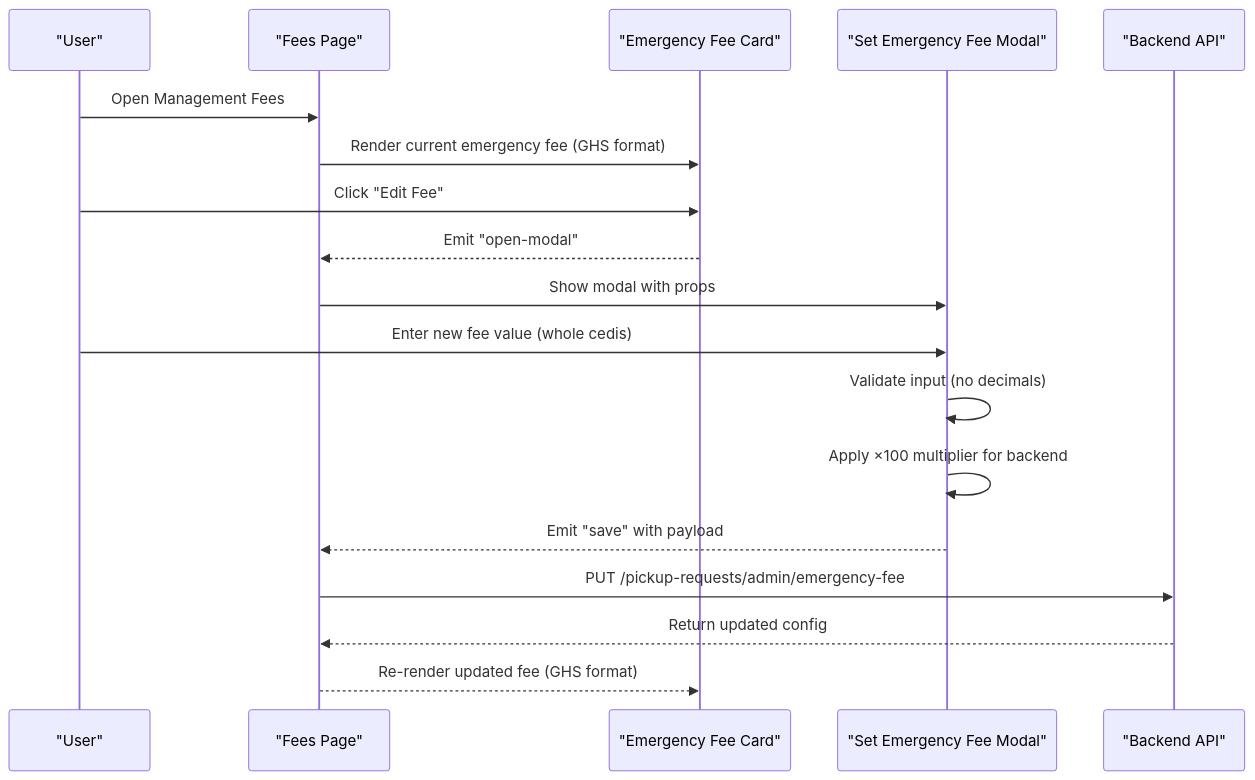
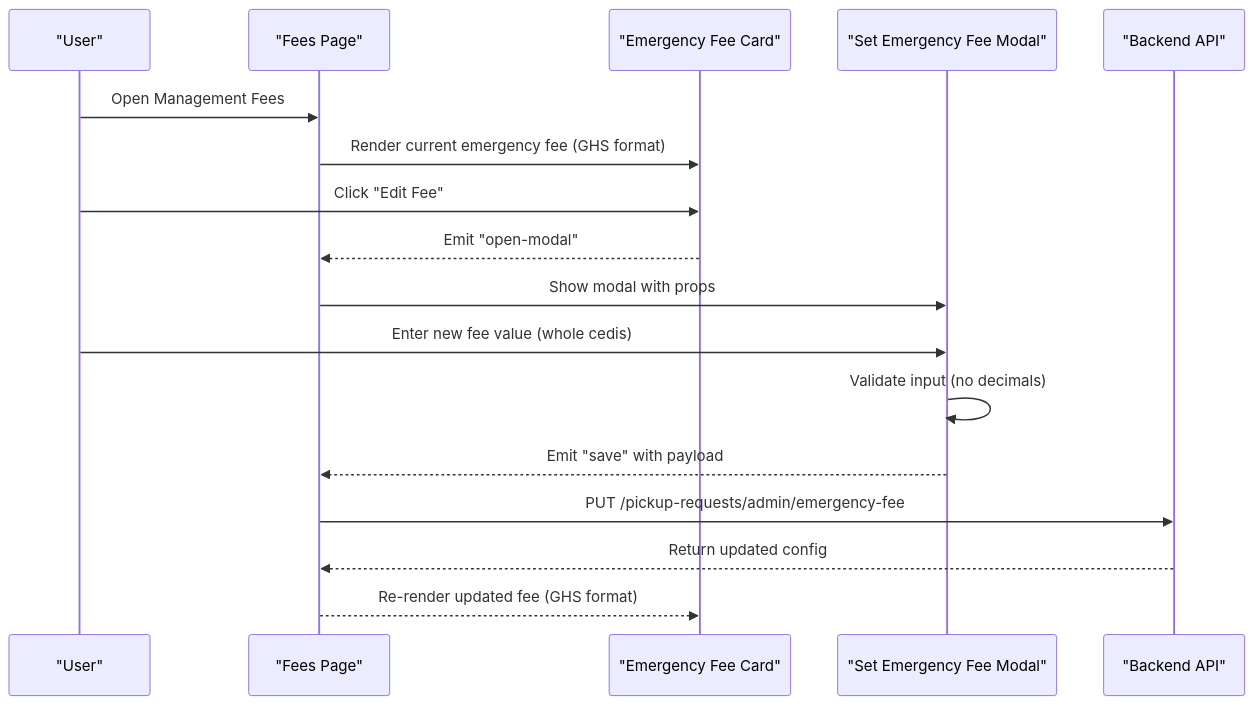
One commit to Lazynerd-Studios/lacarte-atlas-console changed the second of 7 diagrams in .qoder/repowiki/en/content/Business Modules/Emergency Fee Management.md. Above: the diagram before and after it, drawn with Mermaid. The commit also changed other lines of this file and 32 other files, not shown here.

````diff
--- a/.qoder/repowiki/en/content/Business Modules/Emergency Fee Management.md
+++ b/.qoder/repowiki/en/content/Business Modules/Emergency Fee Management.md
@@ -88,20 +87,19 @@
 ```mermaid
 sequenceDiagram
 participant User as "User"
 participant Page as "Fees Page"
 participant Card as "Emergency Fee Card"
 participant Modal as "Set Emergency Fee Modal"
 participant Backend as "Backend API"
 User->>Page : Open Management Fees
 Page->>Card : Render current emergency fee (GHS format)
 User->>Card : Click "Edit Fee"
 Card-->>Page : Emit "open-modal"
 Page->>Modal : Show modal with props
 User->>Modal : Enter new fee value (whole cedis)
 Modal->>Modal : Validate input (no decimals)
-Modal->>Modal : Apply ×100 multiplier for backend
 Modal-->>Page : Emit "save" with payload
 Page->>Backend : PUT /pickup-requests/admin/emergency-fee
 Backend-->>Page : Return updated config
 Page-->>Card : Re-render updated fee (GHS format)
 ```
````
